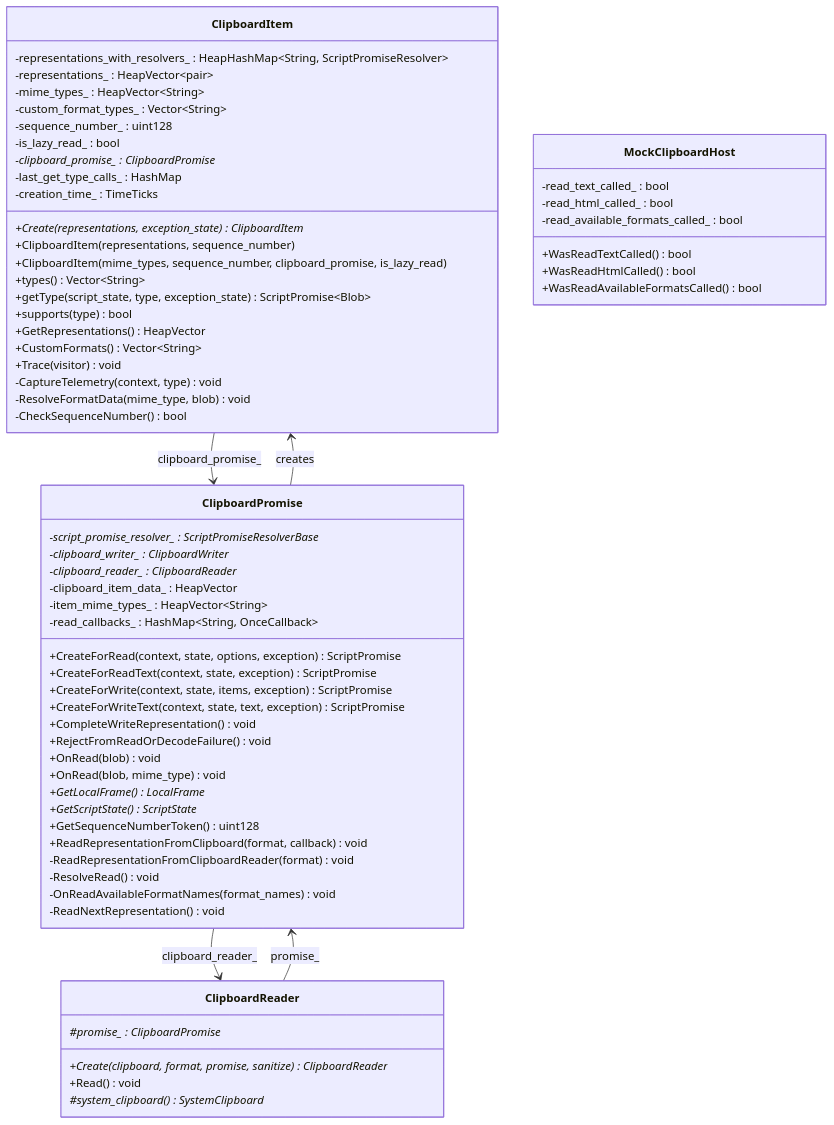
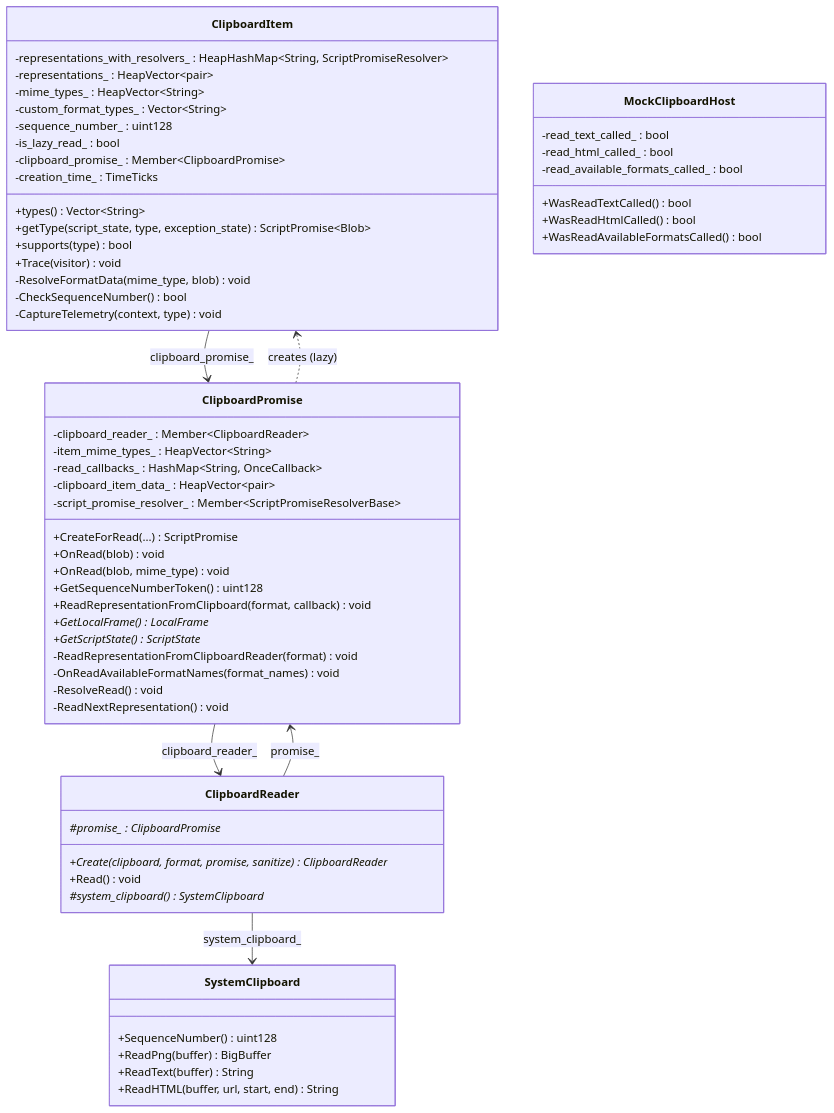
Before and after one commit to roraja/cr-llm-docs: the second of 19 diagrams in fixes/cl-6978530-20260220/lld.md, drawn with Mermaid. The commit also changed other lines of this file, not shown here.

````diff
--- a/fixes/cl-6978530-20260220/lld.md
+++ b/fixes/cl-6978530-20260220/lld.md
@@ -273,72 +295,68 @@
 ```mermaid
 classDiagram
     class ClipboardItem {
-        +Create(representations, exception_state) ClipboardItem*
-        +ClipboardItem(representations, sequence_number)
-        +ClipboardItem(mime_types, sequence_number, clipboard_promise, is_lazy_read)
         +types() Vector~String~
         +getType(script_state, type, exception_state) ScriptPromise~Blob~
         +supports(type) bool
-        +GetRepresentations() HeapVector
-        +CustomFormats() Vector~String~
         +Trace(visitor) void
-        -CaptureTelemetry(context, type) void
         -ResolveFormatData(mime_type, blob) void
         -CheckSequenceNumber() bool
+        -CaptureTelemetry(context, type) void
         -representations_with_resolvers_ : HeapHashMap~String, ScriptPromiseResolver~
         -representations_ : HeapVector~pair~
         -mime_types_ : HeapVector~String~
         -custom_format_types_ : Vector~String~
         -sequence_number_ : uint128
         -is_lazy_read_ : bool
-        -clipboard_promise_ : ClipboardPromise*
-        -last_get_type_calls_ : HashMap
+        -clipboard_promise_ : Member~ClipboardPromise~
         -creation_time_ : TimeTicks
     }
 
     class ClipboardPromise {
-        +CreateForRead(context, state, options, exception) ScriptPromise
-        +CreateForReadText(context, state, exception) ScriptPromise
-        +CreateForWrite(context, state, items, exception) ScriptPromise
-        +CreateForWriteText(context, state, text, exception) ScriptPromise
-        +CompleteWriteRepresentation() void
-        +RejectFromReadOrDecodeFailure() void
+        +CreateForRead(...) ScriptPromise
         +OnRead(blob) void
         +OnRead(blob, mime_type) void
+        +GetSequenceNumberToken() uint128
+        +ReadRepresentationFromClipboard(format, callback) void
         +GetLocalFrame() LocalFrame*
         +GetScriptState() ScriptState*
-        +GetSequenceNumberToken() uint128
-        +ReadRepresentationFromClipboard(format, callback) void
         -ReadRepresentationFromClipboardReader(format) void
+        -OnReadAvailableFormatNames(format_names) void
         -ResolveRead() void
-        -OnReadAvailableFormatNames(format_names) void
         -ReadNextRepresentation() void
-        -script_promise_resolver_ : ScriptPromiseResolverBase*
-        -clipboard_writer_ : ClipboardWriter*
-        -clipboard_reader_ : ClipboardReader*
-        -clipboard_item_data_ : HeapVector
+        -clipboard_reader_ : Member~ClipboardReader~
         -item_mime_types_ : HeapVector~String~
         -read_callbacks_ : HashMap~String, OnceCallback~
+        -clipboard_item_data_ : HeapVector~pair~
+        -script_promise_resolver_ : Member~ScriptPromiseResolverBase~
     }
 
     class ClipboardReader {
         +Create(clipboard, format, promise, sanitize) ClipboardReader*
         +Read() void
+        #system_clipboard() SystemClipboard*
         #promise_ : ClipboardPromise*
-        #system_clipboard() SystemClipboard*
+    }
+
+    class SystemClipboard {
+        +SequenceNumber() uint128
+        +ReadPng(buffer) BigBuffer
+        +ReadText(buffer) String
+        +ReadHTML(buffer, url, start, end) String
     }
 
     class MockClipboardHost {
         +WasReadTextCalled() bool
         +WasReadHtmlCalled() bool
         +WasReadAvailableFormatsCalled() bool
         -read_text_called_ : bool
         -read_html_called_ : bool
         -read_available_formats_called_ : bool
     }
 
     ClipboardItem --> ClipboardPromise : clipboard_promise_
     ClipboardPromise --> ClipboardReader : clipboard_reader_
-    ClipboardPromise --> ClipboardItem : creates
+    ClipboardReader --> SystemClipboard : system_clipboard_
     ClipboardReader --> ClipboardPromise : promise_
+    ClipboardPromise ..> ClipboardItem : creates (lazy)
 ```
````
